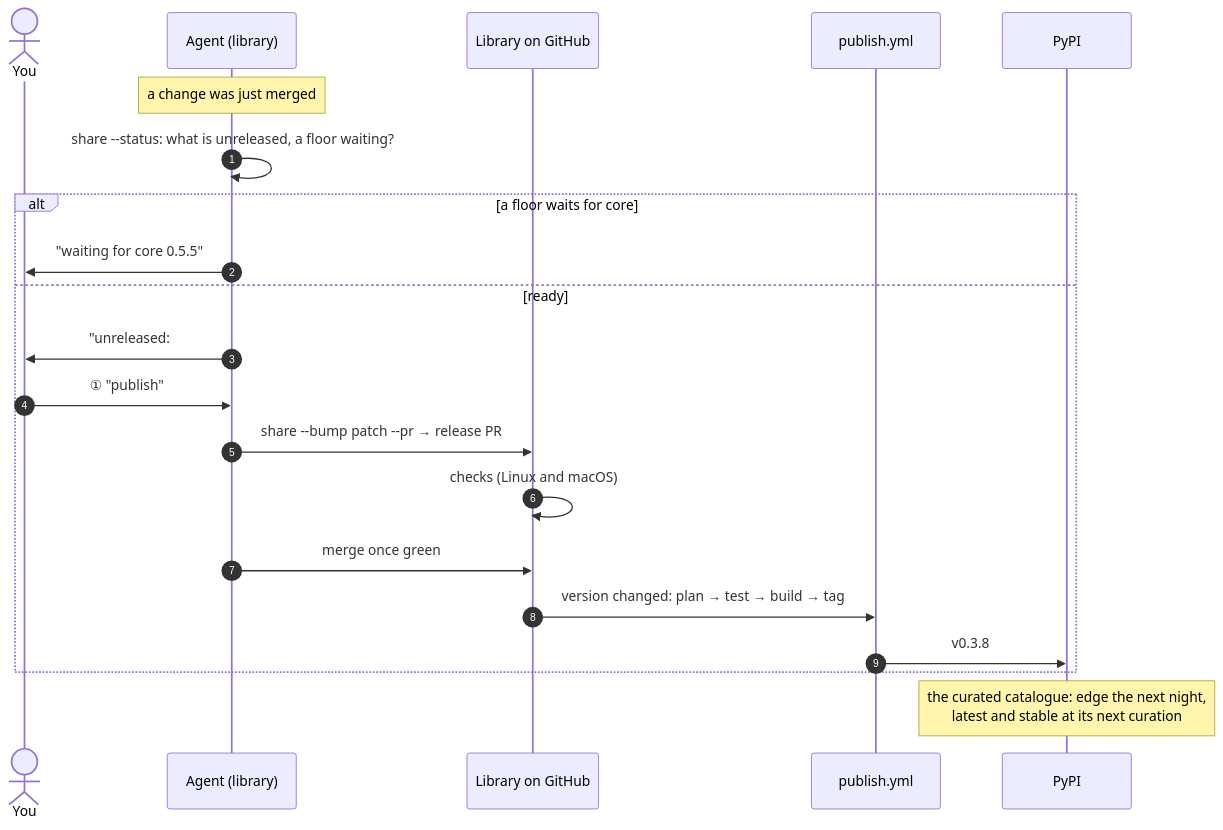
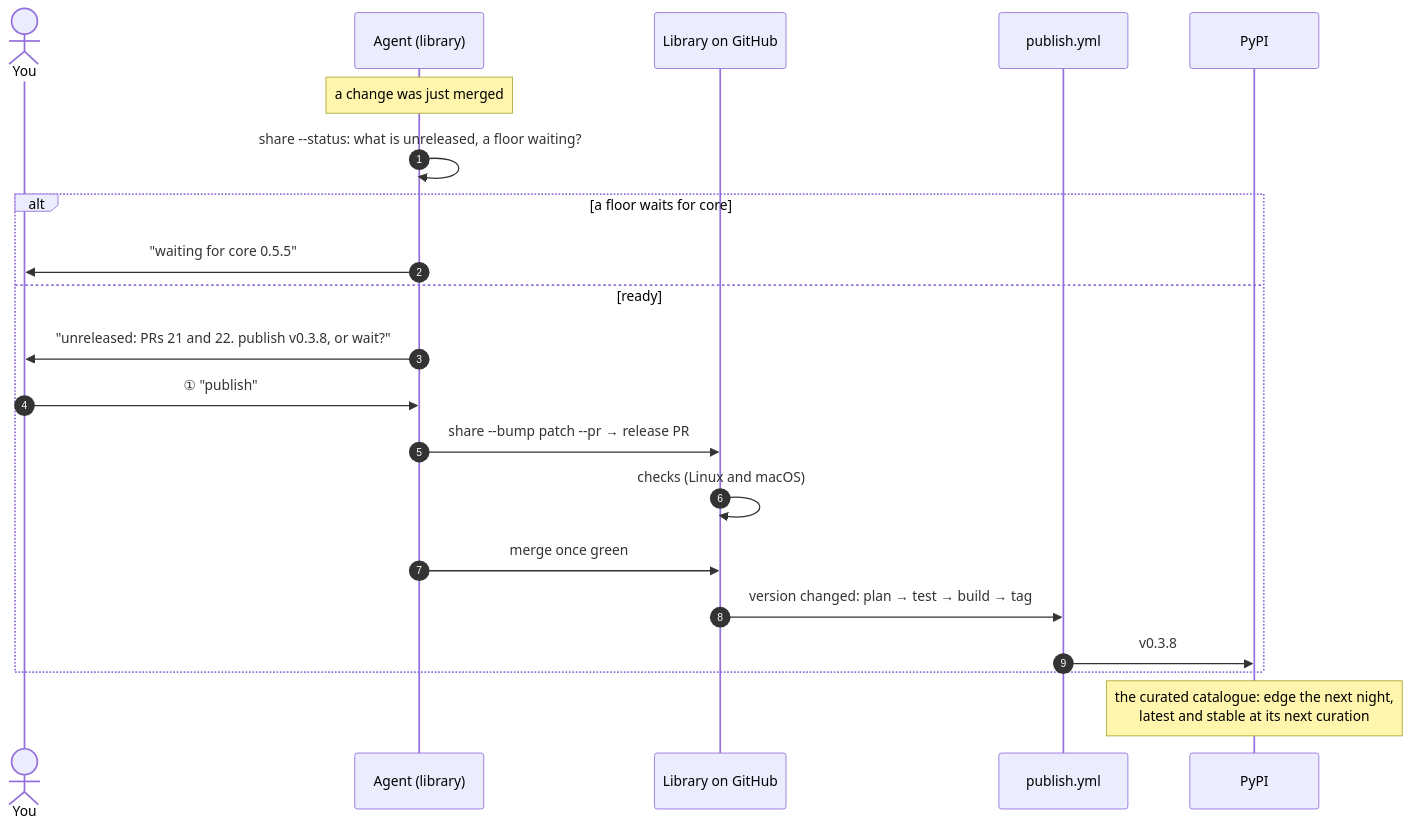
The diagram in docs/workflows/library-release.md (going-haywire/haywire), drawn with Mermaid before and after one commit. The commit also changed 6 other files, not shown here.

First line of the commit message:
fix(docs): Mermaid diagrams parse and stay legible in dark mode

````diff
--- a/docs/workflows/library-release.md
+++ b/docs/workflows/library-release.md
@@ -16,24 +16,24 @@
 ```mermaid
 sequenceDiagram
     autonumber
     actor You
     participant Agent as Agent (library)
     participant GH as Library on GitHub
     participant CI as publish.yml
     participant PyPI
 
     Note over Agent: a change was just merged
     Agent->>Agent: share --status: what is unreleased, a floor waiting?
     alt a floor waits for core
         Agent->>You: "waiting for core 0.5.5"
     else ready
-        Agent->>You: "unreleased: #21, #22. publish v0.3.8, or wait?"
+        Agent->>You: "unreleased: PRs 21 and 22. publish v0.3.8, or wait?"
         You->>Agent: ① "publish"
         Agent->>GH: share --bump patch --pr → release PR
         GH->>GH: checks (Linux and macOS)
         Agent->>GH: merge once green
         GH->>CI: version changed: plan → test → build → tag
         CI->>PyPI: v0.3.8
     end
     Note over PyPI: the curated catalogue: edge the next night,<br/>latest and stable at its next curation
 ```
````
